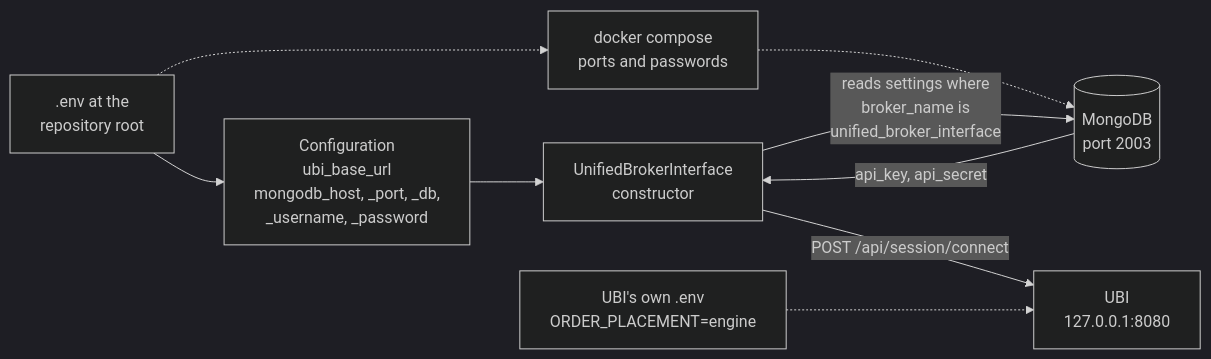
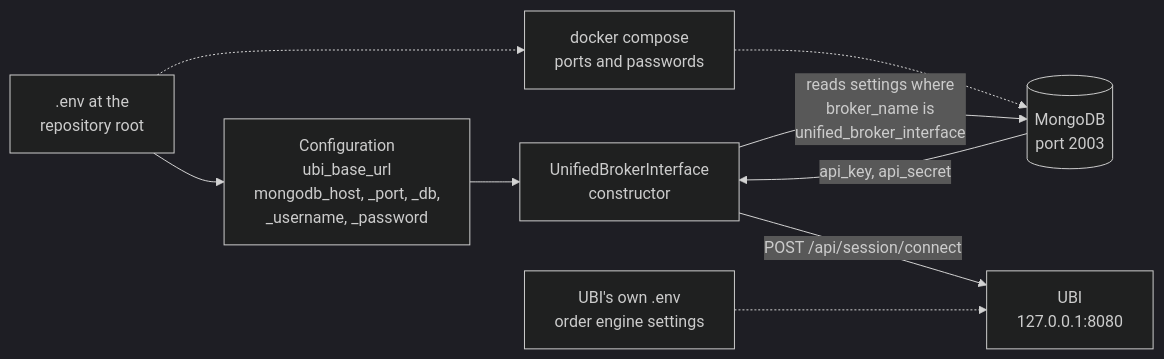
One commit to pramodathani/tradingmachine changed the diagram in docs/get-started/configuration.md. Above: the diagram before and after it, drawn with Mermaid (dark theme). The commit also changed other lines of this file and 29 other files, not shown here.

First line of the commit message:
Update the documentation site for UBI's order engine changes

````diff
--- a/docs/get-started/configuration.md
+++ b/docs/get-started/configuration.md
@@ -9,12 +9,12 @@
 ```mermaid
 flowchart LR
     ENV[".env at the<br/>repository root"]
     ENV --> CFG["Configuration<br/>ubi_base_url<br/>mongodb_host, _port, _db,<br/>_username, _password"]
     ENV -.-> DC["docker compose<br/>ports and passwords"]
     DC -.-> MG[("MongoDB<br/>port 2003")]
     CFG --> CL["UnifiedBrokerInterface<br/>constructor"]
     CL -- "reads settings where<br/>broker_name is<br/>unified_broker_interface" --> MG
     MG -- "api_key, api_secret" --> CL
     CL -- "POST /api/session/connect" --> UBI["UBI<br/>127.0.0.1:8080"]
-    UENV["UBI's own .env<br/>ORDER_PLACEMENT=engine"] -.-> UBI
+    UENV["UBI's own .env<br/>order engine settings"] -.-> UBI
 ```
````
